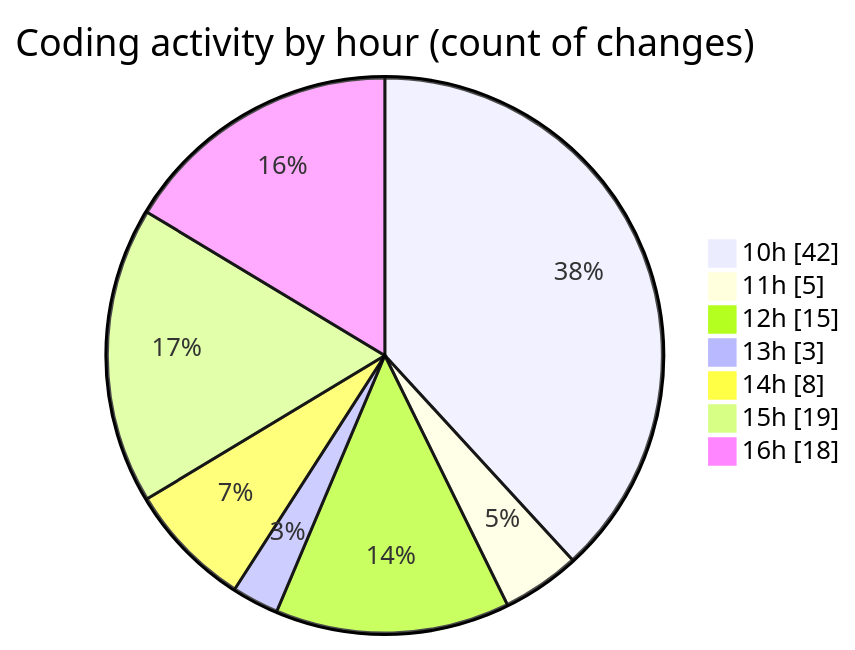
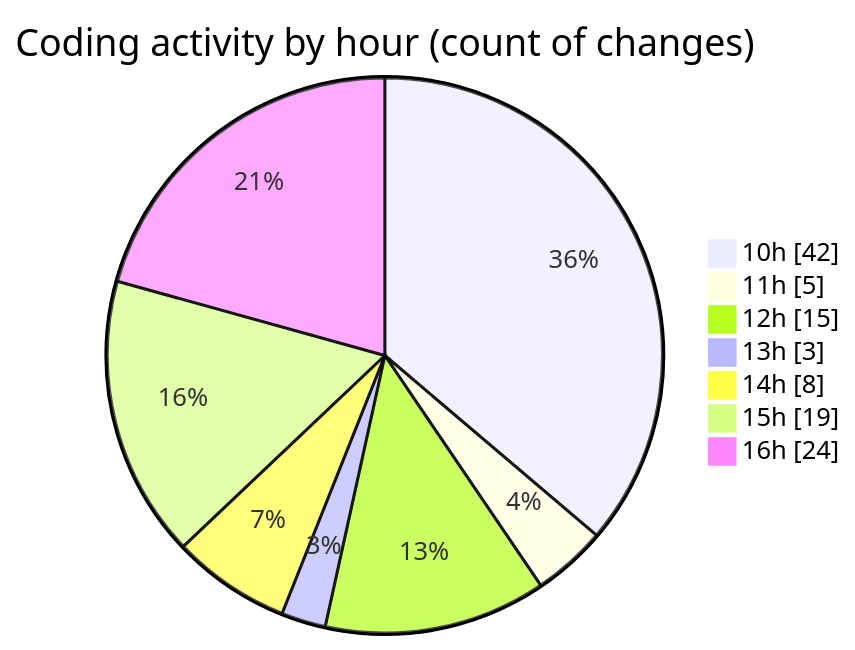
One commit to nxtqubesakshisongat/code-tracking changed the second of 2 diagrams in 2025-08-04/nxtqube_webapp/README.md. Above: the diagram before and after it, drawn with Mermaid. The commit also changed other lines of this file and 1 other file, not shown here.

````diff
--- a/2025-08-04/nxtqube_webapp/README.md
+++ b/2025-08-04/nxtqube_webapp/README.md
@@ -37,11 +40,11 @@
 ```mermaid
 pie showData
 title Coding activity by hour (count of changes)
 "10h" : 42
 "11h" : 5
 "12h" : 15
 "13h" : 3
 "14h" : 8
 "15h" : 19
-"16h" : 18
+"16h" : 24
 ```
````
